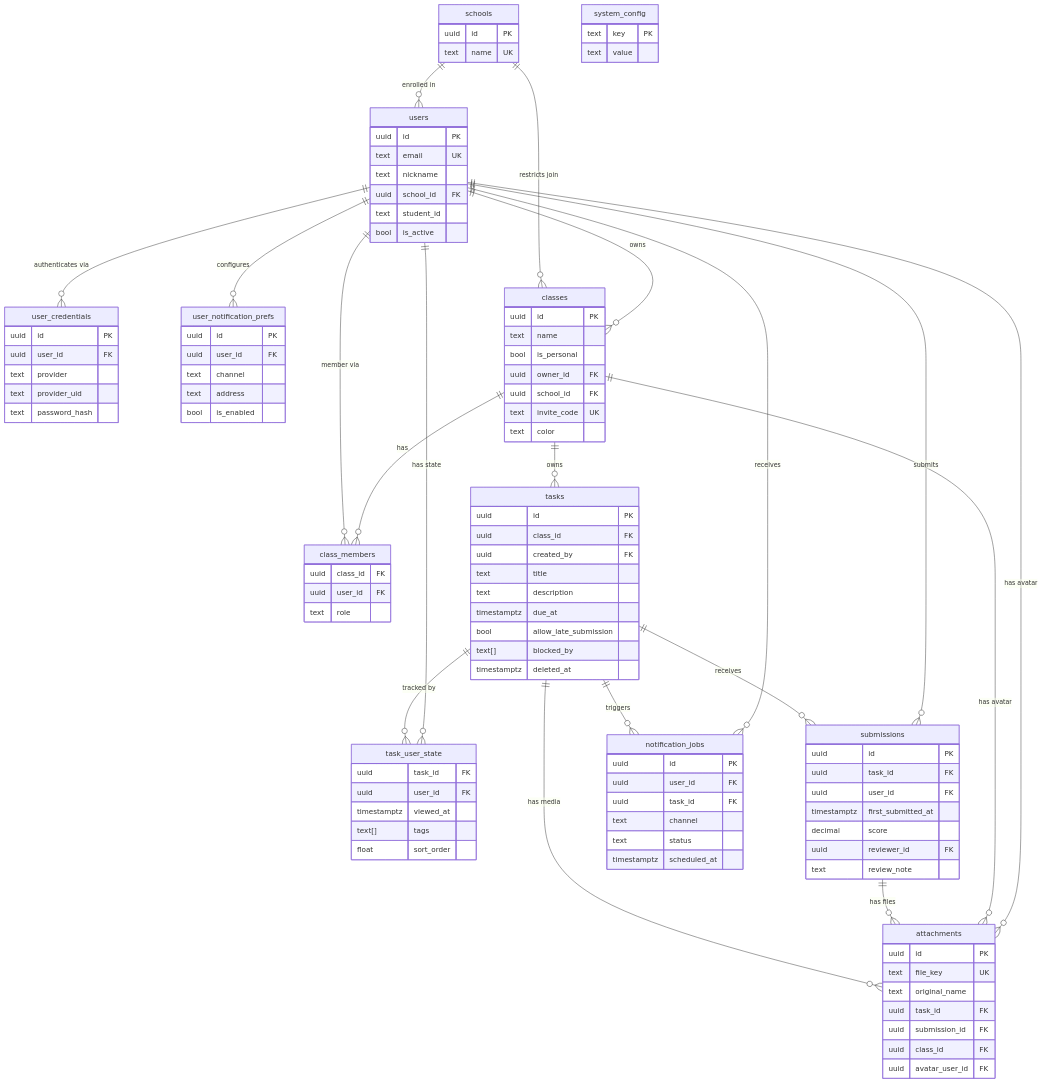
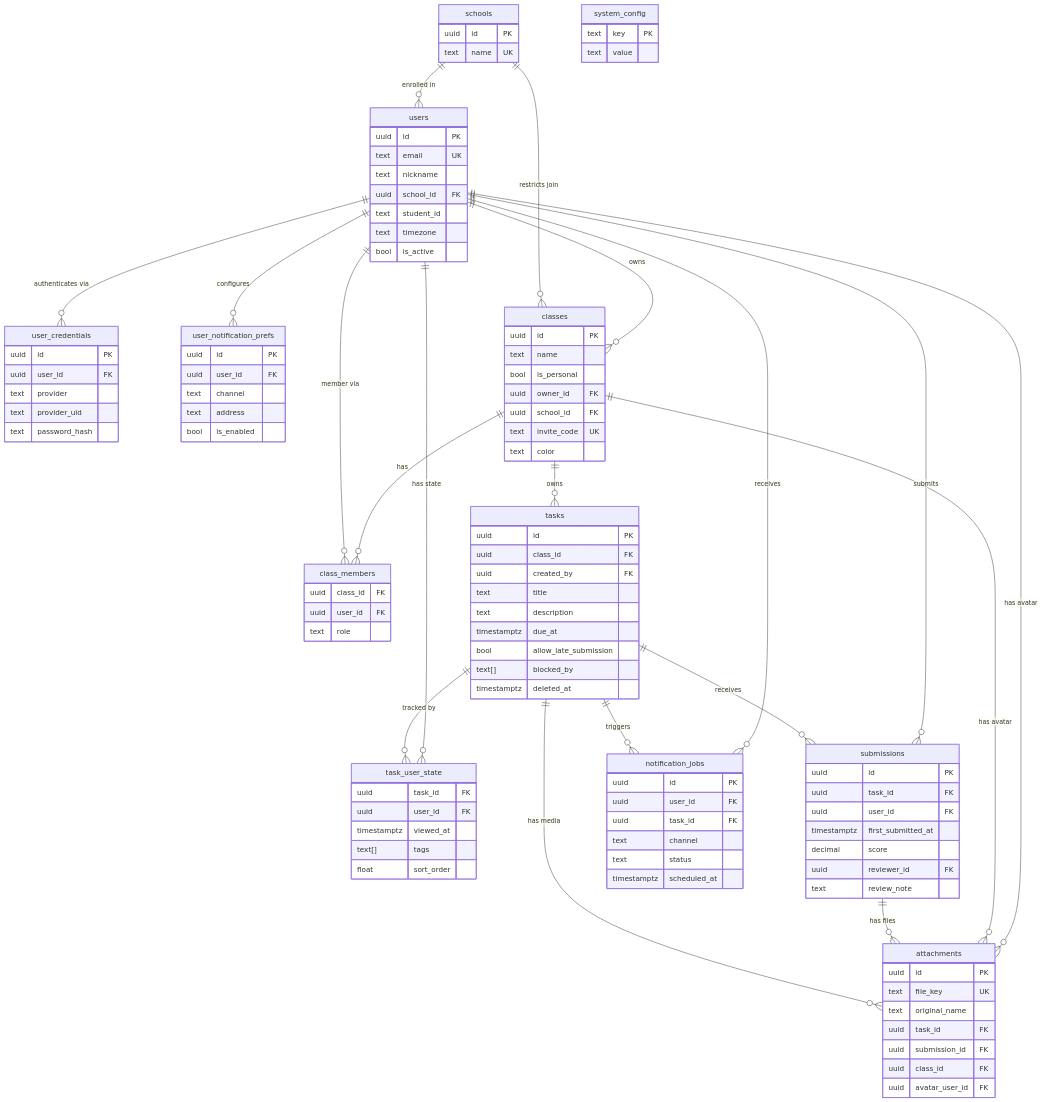
One commit to edehan/tasksneo changed the diagram in docs/DATABASE.md. Above: the diagram before and after it, drawn with Mermaid. The commit also changed other lines of this file and 9 other files, not shown here.

```diff
--- a/docs/DATABASE.md
+++ b/docs/DATABASE.md
@@ -339,6 +340,7 @@
         text nickname
         uuid school_id FK
         text student_id
+        text timezone
         bool is_active
     }
     user_credentials {
```
